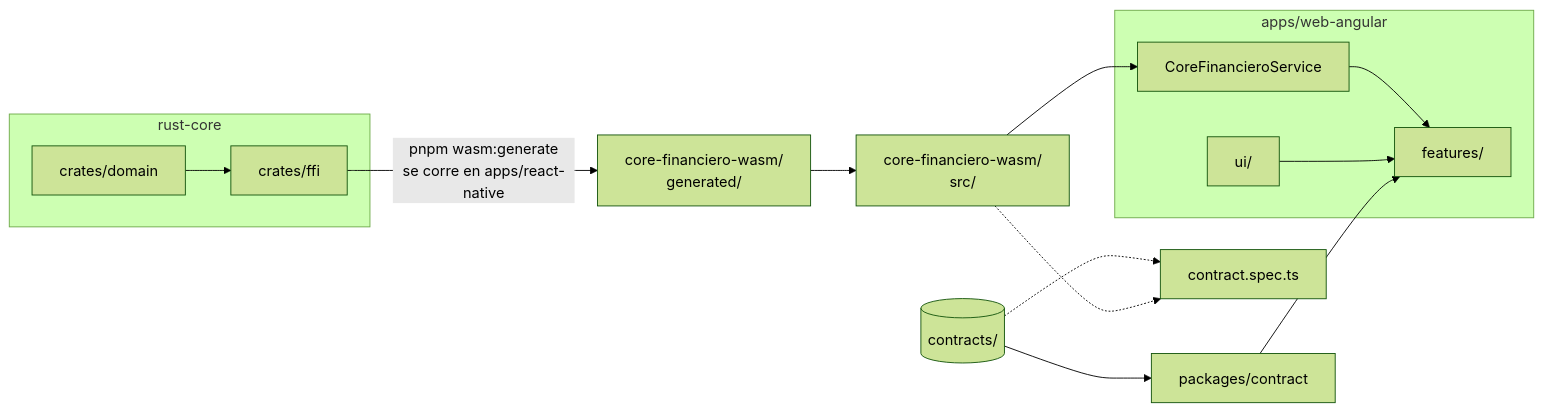
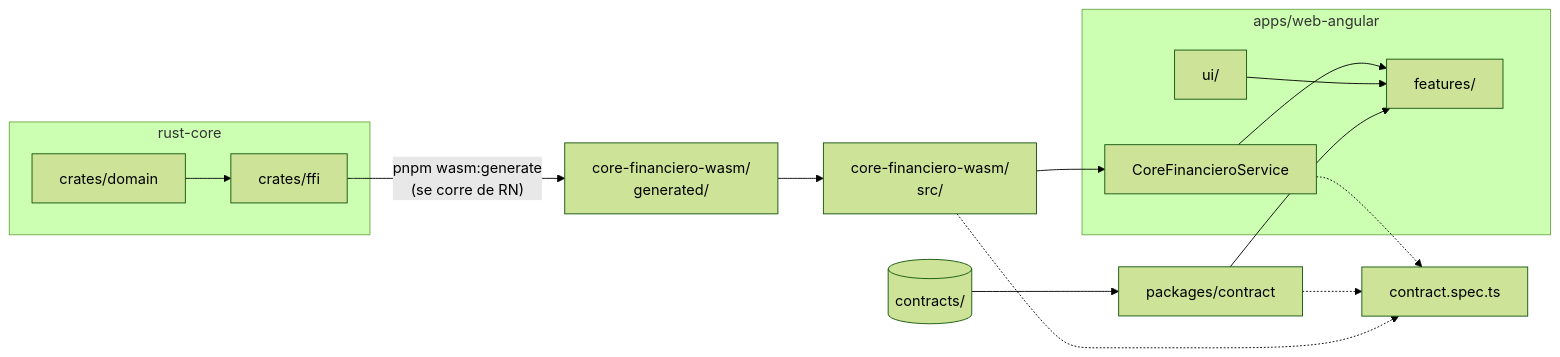
One commit to tohure/rust-core-cross-app changed the diagram in apps/web-angular/README.md. Above: the diagram before and after it, drawn with Mermaid (forest theme). The commit also changed other lines of this file, not shown here.

First line of the commit message:
docs(web-angular): por qué uniffi y no wasm-pack, y corregir el grafo de contract.spec.ts

````diff
--- a/apps/web-angular/README.md
+++ b/apps/web-angular/README.md
@@ -15,23 +13,24 @@
 ```mermaid
 flowchart LR
     subgraph core["rust-core"]
         domain["crates/domain"] --> ffi["crates/ffi"]
     end
 
-    ffi -->|"pnpm wasm:generate<br/>se corre en apps/react-native"| gen["core-financiero-wasm/<br/>generated/"]
+    ffi -->|"pnpm wasm:generate<br/>(se corre de RN)"| gen["core-financiero-wasm/<br/>generated/"]
     gen --> facade["core-financiero-wasm/<br/>src/"]
 
     subgraph app["apps/web-angular"]
         svc["CoreFinancieroService"]
         ui["ui/"]
         screens["features/"]
         svc --> screens
         ui --> screens
     end
 
     facade --> svc
     contrato[("contracts/")] --> pkg["packages/contract"]
     pkg --> screens
-    contrato -.-> spec["contract.spec.ts"]
+    pkg -.-> spec["contract.spec.ts"]
     facade -.-> spec
+    svc -.-> spec
 ```
````
